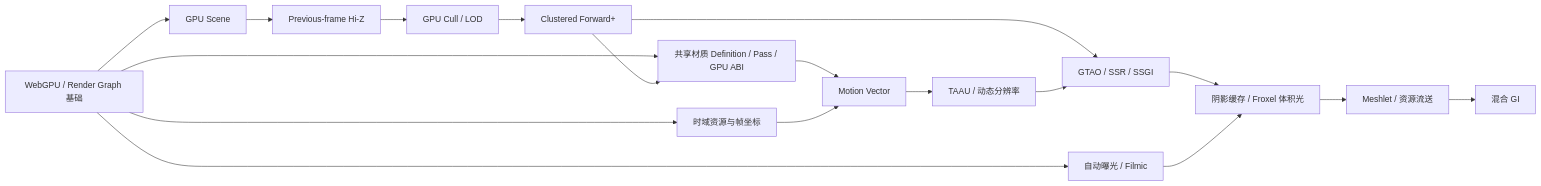
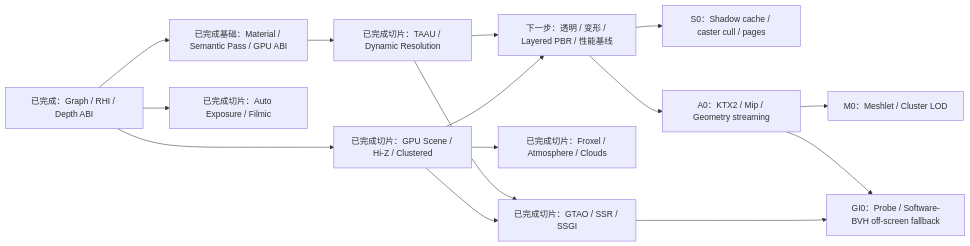
One commit to hiloteam/Hilo3d changed the first of 3 diagrams in documentation/MODERN_WEBGPU_RENDERING_ROADMAP.md. Above: the diagram before and after it, drawn with Mermaid. The commit also changed other lines of this file and 14 other files, not shown here.

Commit message:
fix(render): align atmosphere scaling and roadmap

````diff
--- a/documentation/MODERN_WEBGPU_RENDERING_ROADMAP.md
+++ b/documentation/MODERN_WEBGPU_RENDERING_ROADMAP.md
@@ -36,20 +40,17 @@
 ```mermaid
 flowchart LR
-  F["WebGPU / Render Graph 基础"] --> G["GPU Scene"]
-  F --> MAT["共享材质 Definition / Pass / GPU ABI"]
-  F --> T["时域资源与帧坐标"]
-  F --> E["自动曝光 / Filmic"]
-  G --> H["Previous-frame Hi-Z"]
-  H --> C["GPU Cull / LOD"]
-  C --> L["Clustered Forward+"]
-  L --> MAT
-  MAT --> M["Motion Vector"]
-  T --> M["Motion Vector"]
-  M --> U["TAAU / 动态分辨率"]
-  L --> Q["GTAO / SSR / SSGI"]
-  U --> Q
-  Q --> V["阴影缓存 / Froxel 体积光"]
-  E --> V
-  V --> A["Meshlet / 资源流送"]
-  A --> GI["混合 GI"]
+  F["已完成：Graph / RHI / Depth ABI"] --> G["已完成切片：GPU Scene / Hi-Z / Clustered"]
+  F --> MAT["已完成基础：Material / Semantic Pass / GPU ABI"]
+  MAT --> T["已完成切片：TAAU / Dynamic Resolution"]
+  G --> Q["已完成切片：GTAO / SSR / SSGI"]
+  T --> Q
+  F --> E["已完成切片：Auto Exposure / Filmic"]
+  G --> V["已完成切片：Froxel / Atmosphere / Clouds"]
+  G --> P0["下一步：透明 / 变形 / Layered PBR / 性能基线"]
+  T --> P0
+  P0 --> S["S0：Shadow cache / caster cull / pages"]
+  P0 --> A["A0：KTX2 / Mip / Geometry streaming"]
+  A --> M["M0：Meshlet / Cluster LOD"]
+  Q --> GI["GI0：Probe / Software-BVH off-screen fallback"]
+  A --> GI
 ```
````
